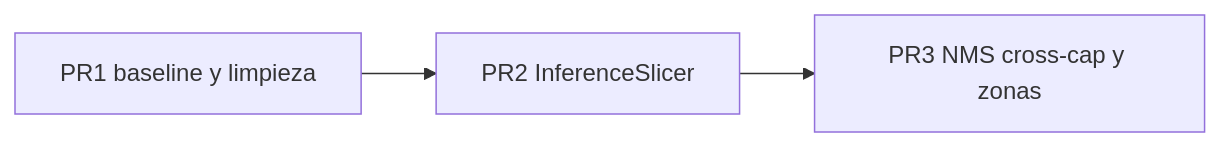
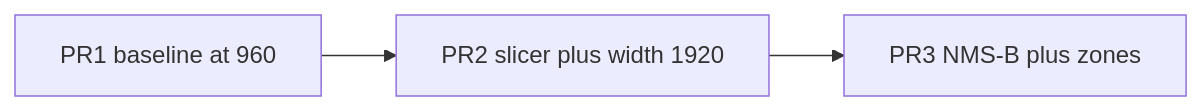
One commit to javi2481/vision-intelligence changed the diagram in docs/plans/particion-tiling-nms.md. Above: the diagram before and after it, drawn with Mermaid. The commit also changed other lines of this file and 10 other files, not shown here.

````diff
--- a/docs/plans/particion-tiling-nms.md
+++ b/docs/plans/particion-tiling-nms.md
@@ -16,7 +16,7 @@
 ```mermaid
 flowchart LR
-  pr1[PR1 baseline y limpieza]
-  pr2[PR2 InferenceSlicer]
-  pr3[PR3 NMS cross-cap y zonas]
+  pr1[PR1 baseline at 960]
+  pr2[PR2 slicer plus width 1920]
+  pr3[PR3 NMS-B plus zones]
   pr1 --> pr2 --> pr3
 ```
````
